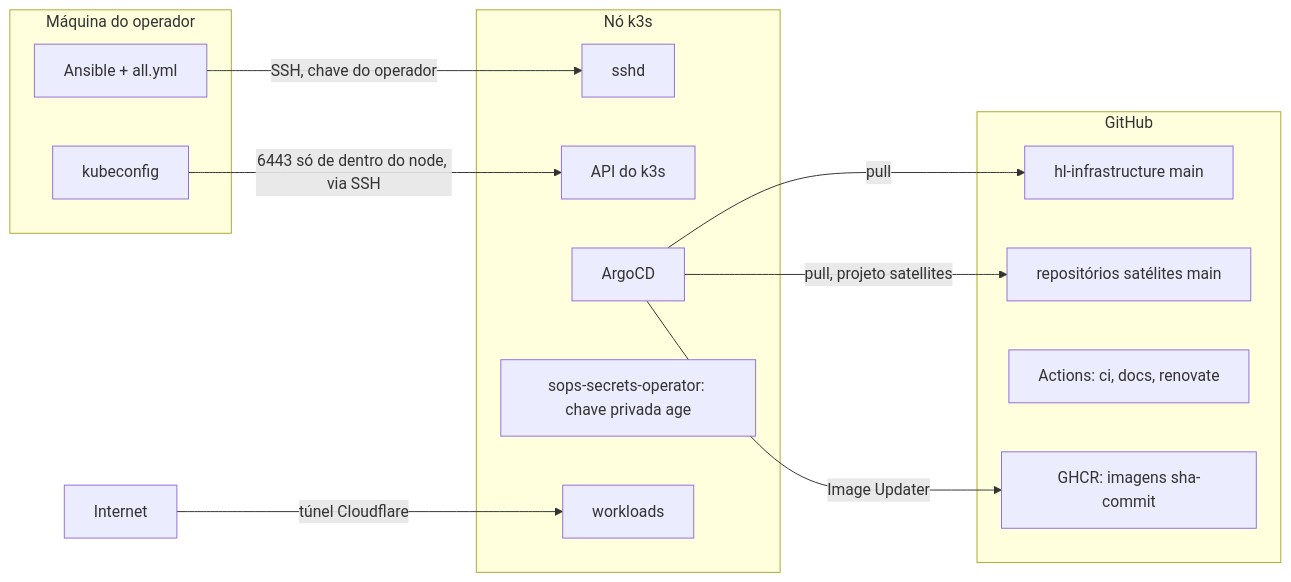
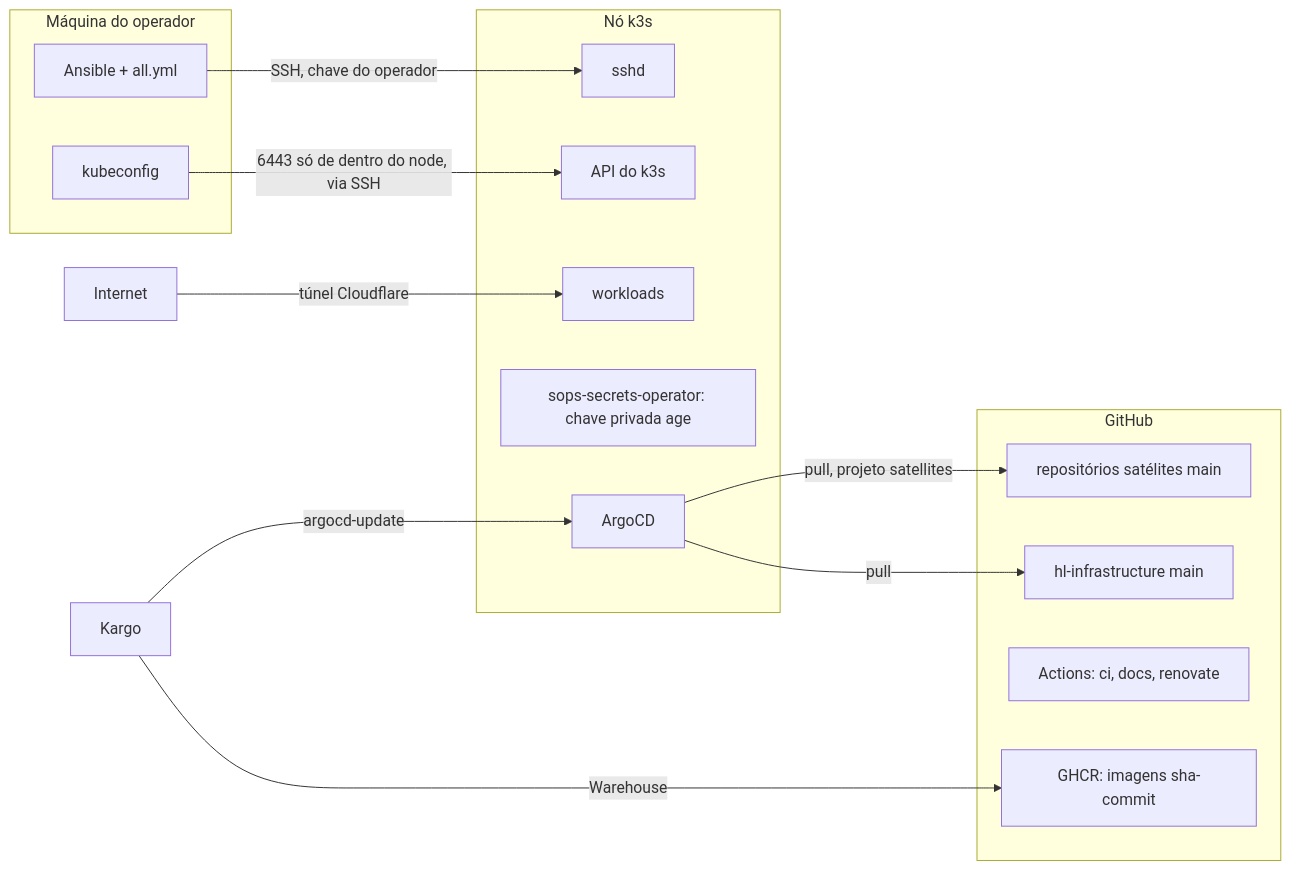
One commit to guesant/hl-infrastructure changed the first of 2 diagrams in docs/arquitetura/modelo-de-ameacas.md. Above: the diagram before and after it, drawn with Mermaid. The commit also changed other lines of this file and 15 other files, not shown here.

Commit message:
docs: describe the image rollout with kargo

````diff
--- a/docs/arquitetura/modelo-de-ameacas.md
+++ b/docs/arquitetura/modelo-de-ameacas.md
@@ -13,27 +13,28 @@
 ```mermaid
 flowchart LR
   subgraph operador["Máquina do operador"]
     ansible["Ansible + all.yml"]
     kubeconfig["kubeconfig"]
   end
   subgraph github["GitHub"]
     infra["hl-infrastructure main"]
     sat["repositórios satélites main"]
     actions["Actions: ci, docs, renovate"]
     ghcr["GHCR: imagens sha-commit"]
   end
   subgraph node["Nó k3s"]
     ssh["sshd"]
     api["API do k3s"]
     argo["ArgoCD"]
     ss["sops-secrets-operator: chave privada age"]
     apps["workloads"]
   end
   internet["Internet"]
   ansible -->|SSH, chave do operador| ssh
   kubeconfig -->|6443 só de dentro do node, via SSH| api
   argo -->|pull| infra
   argo -->|pull, projeto satellites| sat
-  argo -->|Image Updater| ghcr
+  kargo[Kargo] -->|Warehouse| ghcr
+  kargo -->|argocd-update| argo
   internet -->|túnel Cloudflare| apps
 ```
````
